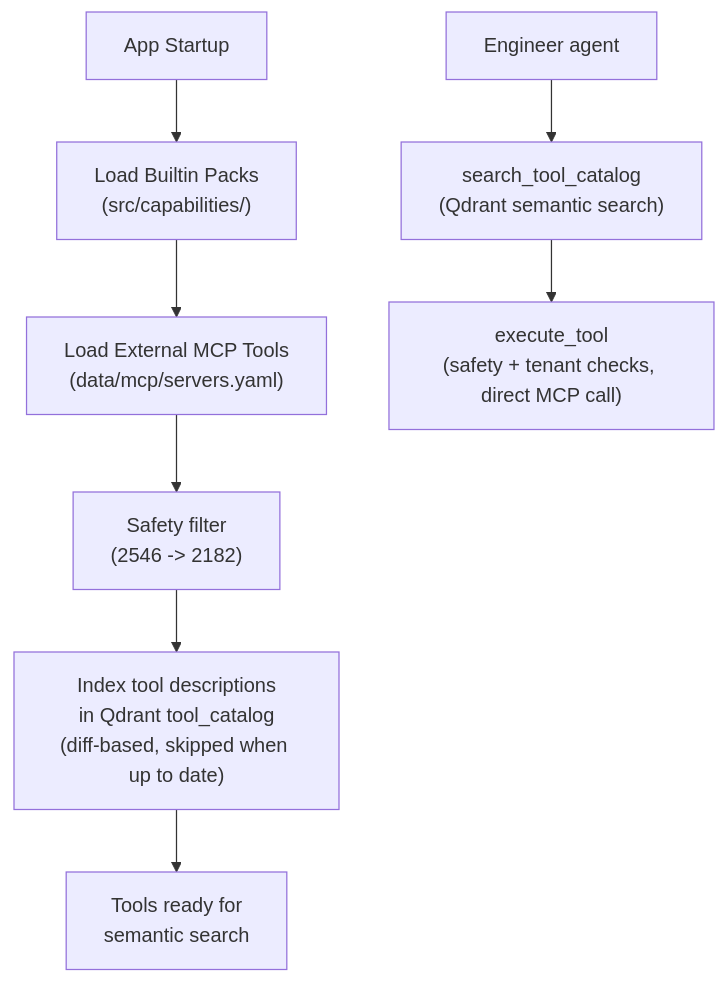
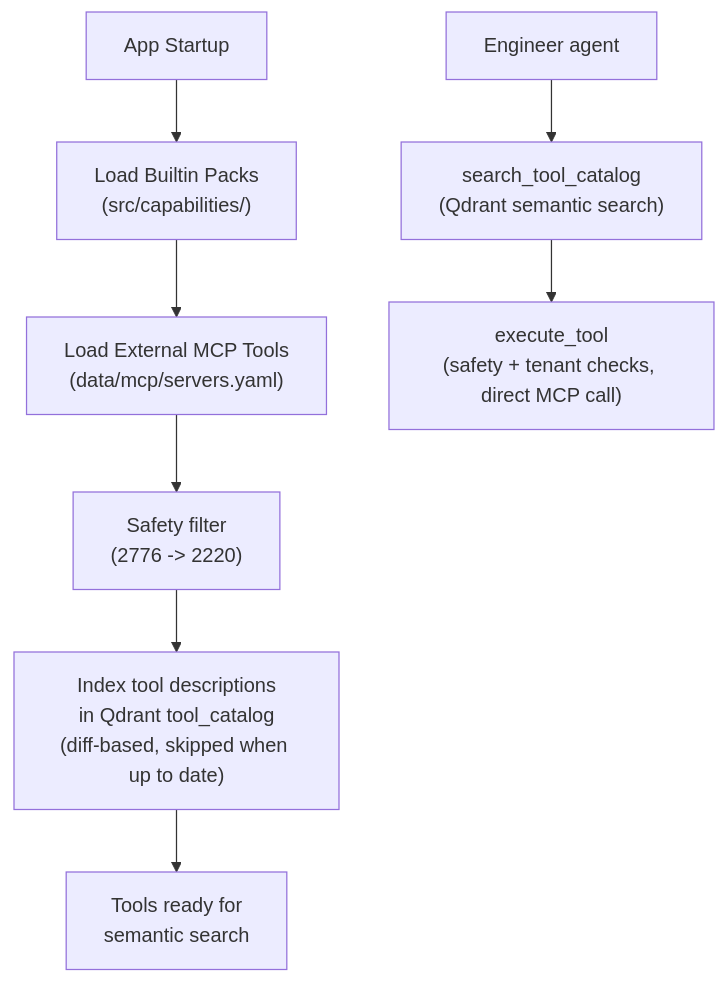
Before and after one commit to jofra02/L8R: the diagram in docs/integrations/mcp_tools.md, drawn with Mermaid. The commit also changed other lines of this file and 10 other files, not shown here.

````diff
--- a/docs/integrations/mcp_tools.md
+++ b/docs/integrations/mcp_tools.md
@@ -15,11 +15,11 @@
 ```mermaid
 graph TD
     START["App Startup"] --> BP["Load Builtin Packs\n(src/capabilities/)"]
     BP --> EXT["Load External MCP Tools\n(data/mcp/servers.yaml)"]
-    EXT --> SAFE["Safety filter\n(2546 -> 2182)"]
+    EXT --> SAFE["Safety filter\n(2776 -> 2220)"]
     SAFE --> IDX["Index tool descriptions\nin Qdrant tool_catalog\n(diff-based, skipped when up to date)"]
     IDX --> READY["Tools ready for\nsemantic search"]
 
     AGENT["Engineer agent"] --> SEARCH["search_tool_catalog\n(Qdrant semantic search)"]
     SEARCH --> EXEC["execute_tool\n(safety + tenant checks, direct MCP call)"]
 ```
````
